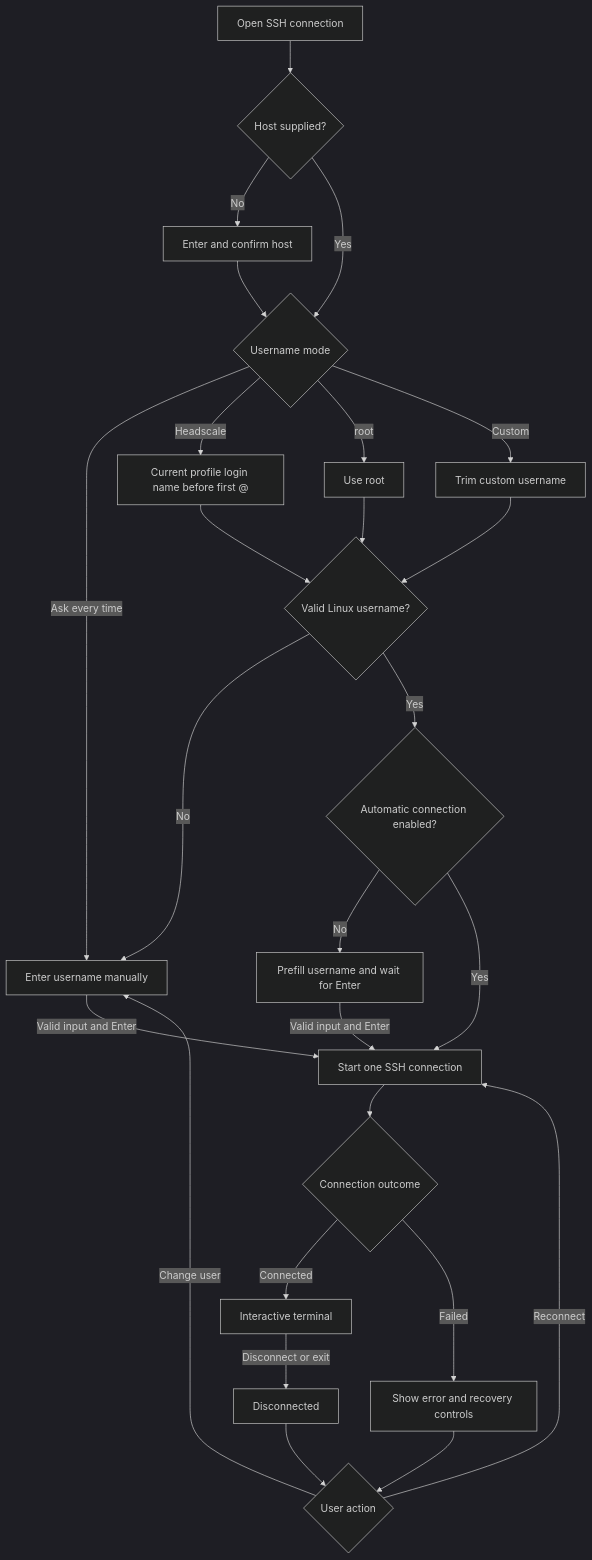
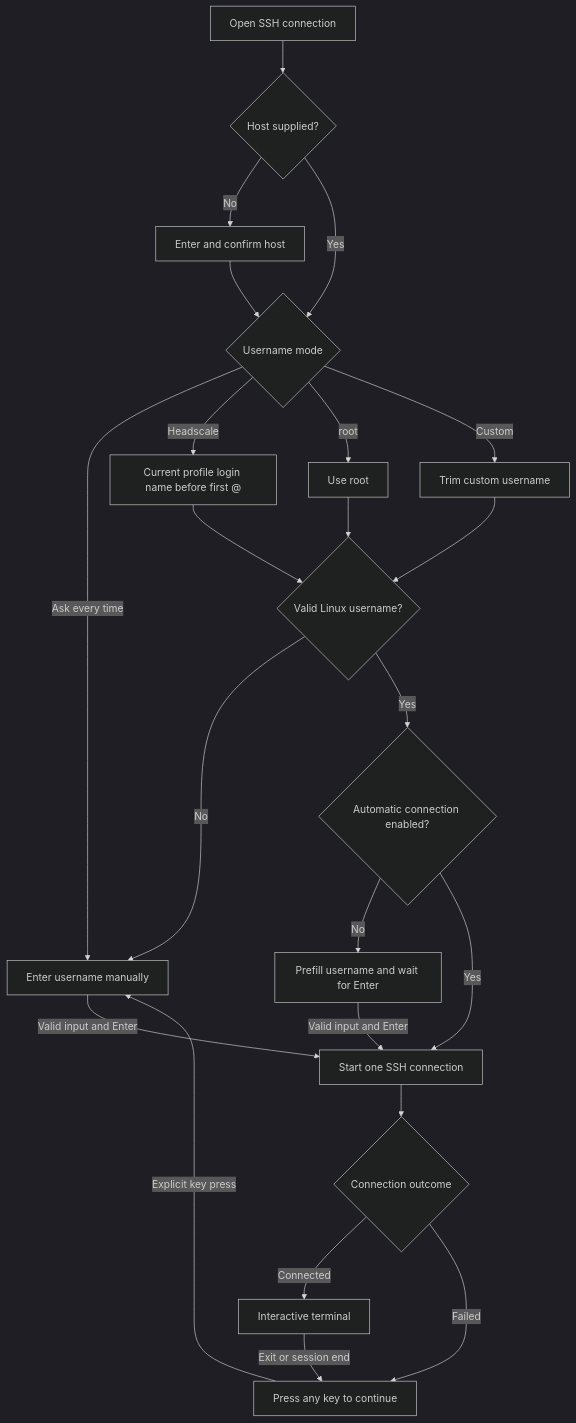
One commit to rickli-cloud/headscale-console changed the diagram in docs/proposals/ssh-quick-connect/flow.mmd. Above: the diagram before and after it, drawn with Mermaid (dark theme). The commit also changed 8 other files, not shown here.

```diff
--- a/docs/proposals/ssh-quick-connect/flow.mmd
+++ b/docs/proposals/ssh-quick-connect/flow.mmd
@@ -1,26 +1,23 @@
 flowchart TD
   A[Open SSH connection] --> B{Host supplied?}
   B -->|No| C[Enter and confirm host]
   B -->|Yes| D{Username mode}
   C --> D
   D -->|Ask every time| M[Enter username manually]
   D -->|Headscale| F[Current profile login name before first @]
   D -->|root| G[Use root]
   D -->|Custom| H[Trim custom username]
   F --> I{Valid Linux username?}
   G --> I
   H --> I
   I -->|No| M
   I -->|Yes| J{Automatic connection enabled?}
   J -->|No| K[Prefill username and wait for Enter]
   J -->|Yes| L[Start one SSH connection]
   M -->|Valid input and Enter| L
   K -->|Valid input and Enter| L
   L --> N{Connection outcome}
   N -->|Connected| O[Interactive terminal]
-  N -->|Failed| P[Show error and recovery controls]
-  O -->|Disconnect or exit| Q[Disconnected]
-  P --> R{User action}
-  Q --> R
-  R -->|Reconnect| L
-  R -->|Change user| M
+  N -->|Failed| P[Press any key to continue]
+  O -->|Exit or session end| P
+  P -->|Explicit key press| M
```
